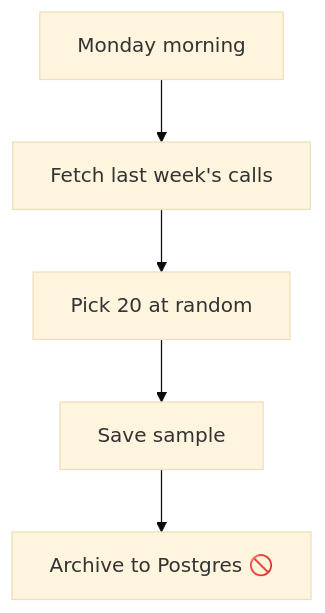
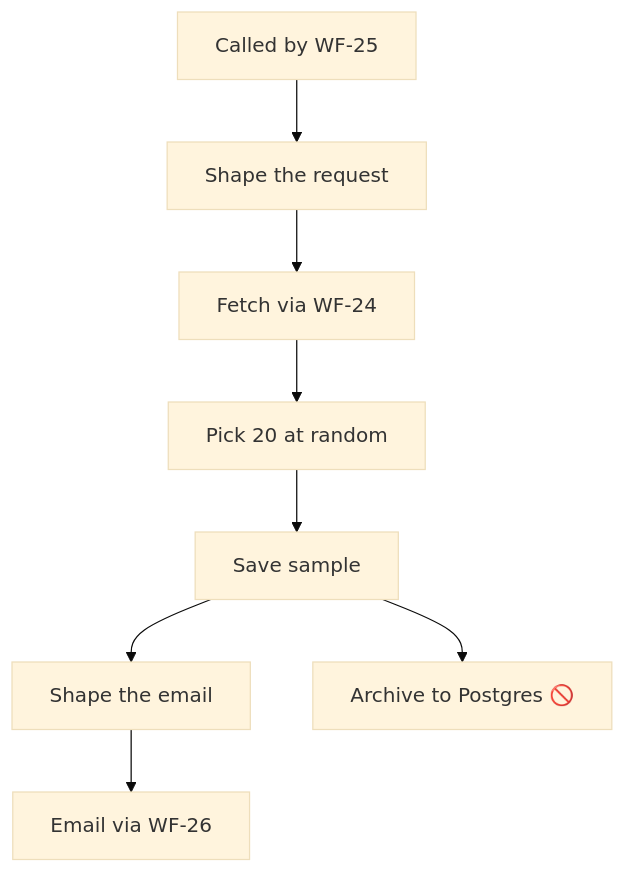
The diagram in Docs/generated/workflows/WF-21.md (servetechg/Palmleaf-AI-Receptionist), drawn with Mermaid (base theme) before and after one commit. The commit also changed other lines of this file and 238 other files, not shown here.

````diff
--- a/Docs/generated/workflows/WF-21.md
+++ b/Docs/generated/workflows/WF-21.md
@@ -13,12 +19,18 @@
 ```mermaid
 flowchart TD
-    n0[Monday morning]
-    n1[Fetch last week's calls]
-    n2[Pick 20 at random]
-    n3[Save sample]
-    n4[Archive to Postgres 🚫]
+    n0[Called by WF-25]
+    n1[Shape the request]
+    n2[Fetch via WF-24]
+    n3[Pick 20 at random]
+    n4[Save sample]
+    n5[Shape the email]
+    n6[Email via WF-26]
+    n7[Archive to Postgres 🚫]
     n0 -->n1
     n1 -->n2
     n2 -->n3
     n3 -->n4
+    n4 -->n5
+    n4 -->n7
+    n5 -->n6
 ```
````
